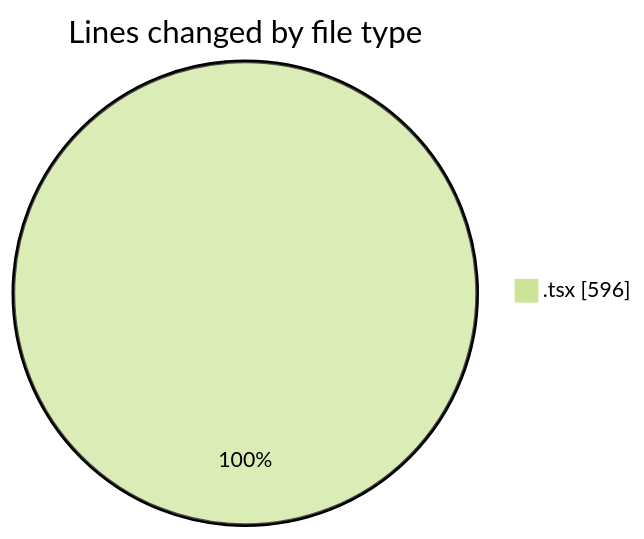
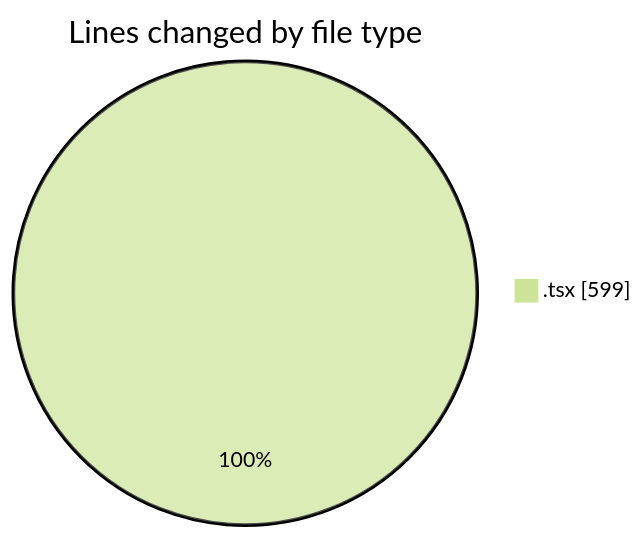
Before and after one commit to nxtqubesakshisongat/code-tracking: the first of 2 diagrams in 2026-02-02/nxtqube_webapp/README.md, drawn with Mermaid (forest theme). The commit also changed other lines of this file and 1 other file, not shown here.

````diff
--- a/2026-02-02/nxtqube_webapp/README.md
+++ b/2026-02-02/nxtqube_webapp/README.md
@@ -20,5 +20,5 @@
 ```mermaid
 pie showData
 title Lines changed by file type
-".tsx" : 596
+".tsx" : 599
 ```
````
